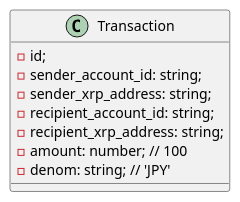
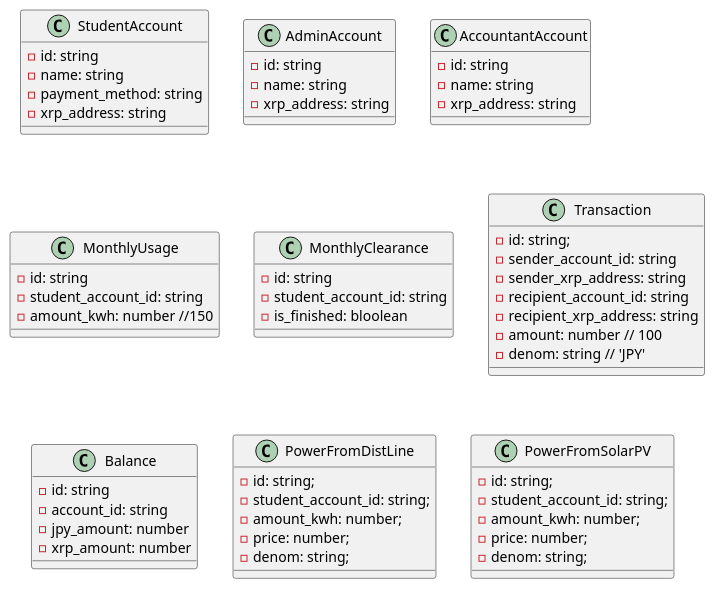
The second of 2 diagrams in README.md (KyotoUniv-SIC/electoric-power-exchange), drawn with PlantUML before and after one commit. The commit also changed other lines of this file, not shown here.

Commit message:
chore: monthly clearance finished etc

````diff
--- a/README.md
+++ b/README.md
@@ -90,11 +44,65 @@
 ```plantuml
+class StudentAccount {
+  - id: string
+  - name: string
+  - payment_method: string
+  - xrp_address: string
+}
+
+class AdminAccount {
+  - id: string
+  - name: string
+  - xrp_address: string
+}
+
+class AccountantAccount {
+  - id: string
+  - name: string
+  - xrp_address: string
+}
+
+class MonthlyUsage {
+  - id: string
+  - student_account_id: string
+  - amount_kwh: number //150
+}
+
+class MonthlyClearance {
+  - id: string
+  - student_account_id: string
+  - is_finished: bloolean
+}
+
 class Transaction {
-  - id;
-  - sender_account_id: string;
-  - sender_xrp_address: string;
-  - recipient_account_id: string;
-  - recipient_xrp_address: string;
-  - amount: number; // 100
-  - denom: string; // 'JPY'
+  - id: string;
+  - sender_account_id: string
+  - sender_xrp_address: string
+  - recipient_account_id: string
+  - recipient_xrp_address: string
+  - amount: number // 100
+  - denom: string // 'JPY'
+}
+
+class Balance {
+  - id: string
+  - account_id: string
+  - jpy_amount: number
+  - xrp_amount: number
+}
+
+class PowerFromDistLine {
+  - id: string;
+  - student_account_id: string;
+  - amount_kwh: number;
+  - price: number;
+  - denom: string;
+}
+
+class PowerFromSolarPV {
+  - id: string;
+  - student_account_id: string;
+  - amount_kwh: number;
+  - price: number;
+  - denom: string;
 }
 ```
````
